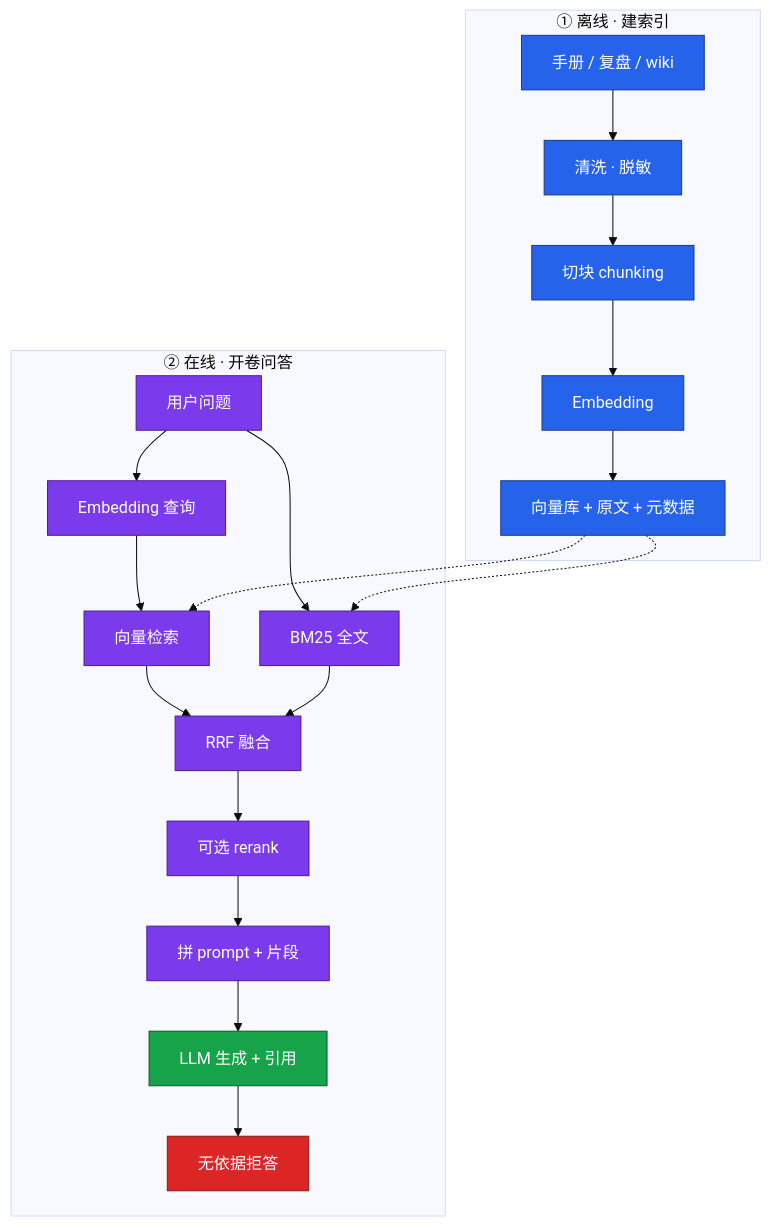
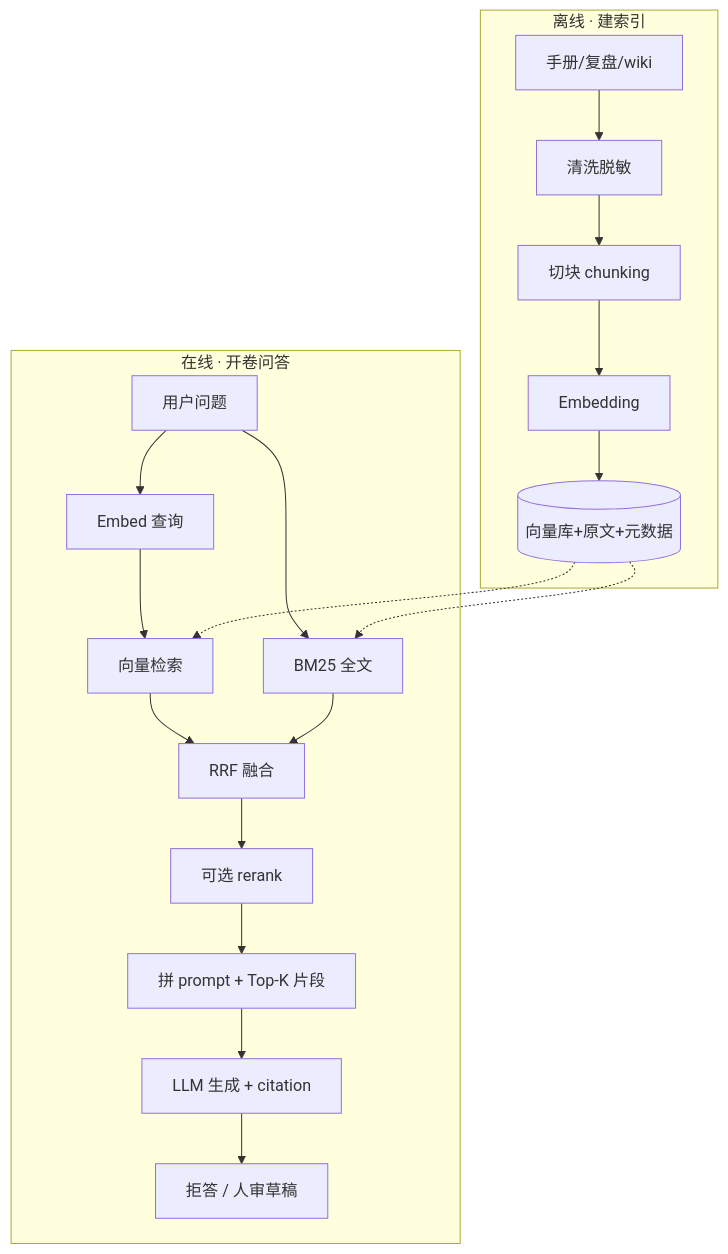
Before and after one commit to ml-cuizijun/LearnToLilith: the first of 4 diagrams in 08-AI与智能运维/03-RAG检索增强/知识点.md, drawn with Mermaid. The commit also changed other lines of this file and 470 other files, not shown here.

````diff
--- a/08-AI与智能运维/03-RAG检索增强/知识点.md
+++ b/08-AI与智能运维/03-RAG检索增强/知识点.md
@@ -91,38 +15,22 @@
 ```mermaid
-%%{init: {"theme": "base"}}%%
 flowchart TB
-    classDef off fill:#2563EB,stroke:#1E3A8A,color:#fff
-    classDef on fill:#7C3AED,stroke:#4C1D95,color:#fff
-    classDef gen fill:#16A34A,stroke:#14532D,color:#fff
-    classDef bad fill:#DC2626,stroke:#7F1D1D,color:#fff
-
-    subgraph offline ["① 离线 · 建索引"]
-        docs[手册 / 复盘 / wiki]:::off
-        clean[清洗 · 脱敏]:::off
-        chunk[切块 chunking]:::off
-        emb1[Embedding]:::off
-        store[向量库 + 原文 + 元数据]:::off
-        docs --> clean --> chunk --> emb1 --> store
+    subgraph off ["离线 · 建索引"]
+        D[手册/复盘/wiki] --> CL[清洗脱敏]
+        CL --> CH[切块 chunking]
+        CH --> EM[Embedding]
+        EM --> ST[(向量库+原文+元数据)]
     end
-
-    subgraph online ["② 在线 · 开卷问答"]
-        q[用户问题]:::on
-        emb2[Embedding 查询]:::on
-        vec[向量检索]:::on
-        bm[BM25 全文]:::on
-        rrf[RRF 融合]:::on
-        rr[可选 rerank]:::on
-        prompt[拼 prompt + 片段]:::on
-        llm[LLM 生成 + 引用]:::gen
-        refuse[无依据拒答]:::bad
-        q --> emb2 --> vec
-        q --> bm
-        vec --> rrf
-        bm --> rrf
-        rrf --> rr --> prompt --> llm
-        llm --> refuse
+    subgraph on ["在线 · 开卷问答"]
+        Q[用户问题] --> EQ[Embed 查询]
+        EQ --> VR[向量检索]
+        Q --> BM[BM25 全文]
+        VR --> RRF[RRF 融合]
+        BM --> RRF
+        RRF --> RR[可选 rerank]
+        RR --> PR[拼 prompt + Top-K 片段]
+        PR --> LLM[LLM 生成 + citation]
+        LLM --> REF[拒答 / 人审草稿]
     end
-
-    store -.-> vec
-    store -.-> bm
+    ST -.-> VR
+    ST -.-> BM
 ```
````
